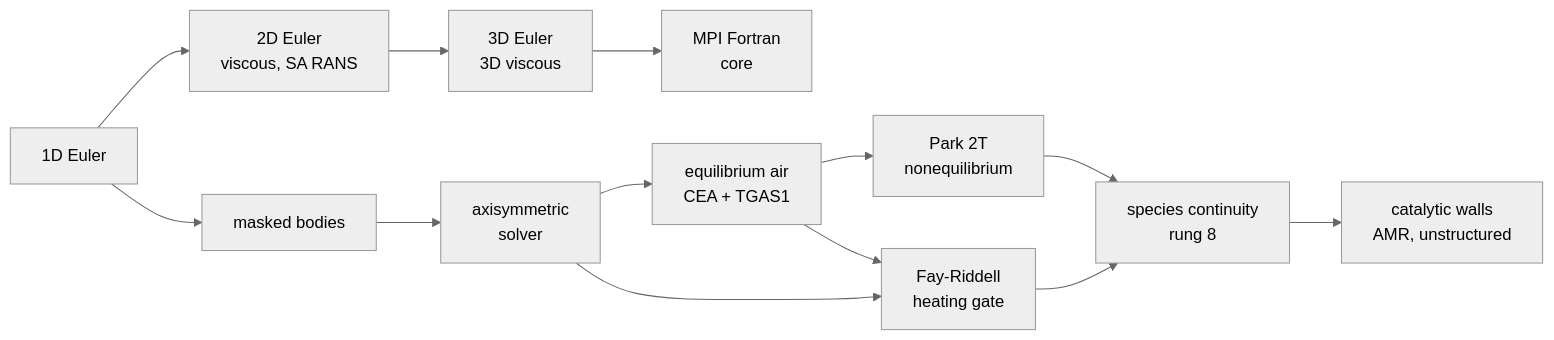
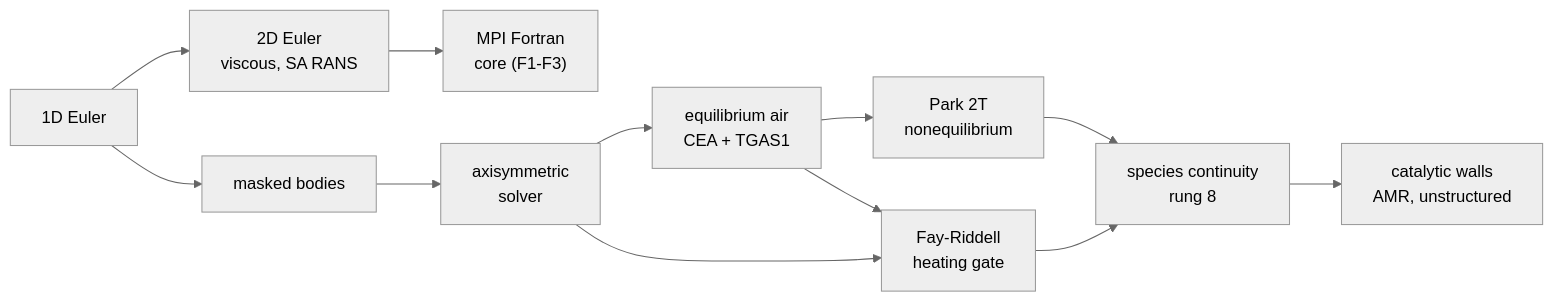
One commit to totallynotbrent/nuFor changed the diagram in docs/roadmap.md. Above: the diagram before and after it, drawn with Mermaid (neutral theme). The commit also changed other lines of this file and 23 other files, not shown here.

Commit message:
add the continuum probe and the cdv nozzle cold-flow case

````diff
--- a/docs/roadmap.md
+++ b/docs/roadmap.md
@@ -53,15 +74,15 @@
 ```mermaid
 flowchart LR
     A["1D Euler"] --> B["2D Euler<br/>viscous, SA RANS"]
-    B --> C["3D Euler<br/>3D viscous"]
+    B --> C["MPI Fortran<br/>core (F1-F3)"]
     A --> D["masked bodies"]
     D --> E["axisymmetric<br/>solver"]
     E --> F["equilibrium air<br/>CEA + TGAS1"]
     F --> G["Park 2T<br/>nonequilibrium"]
     F --> H["Fay-Riddell<br/>heating gate"]
     H --> I["species continuity<br/>rung 8"]
-    I --> J["catalytic walls<br/>AMR, unstructured"]
-    C --> K["MPI Fortran<br/>core"]
+
+    I --> K["catalytic walls<br/>AMR, unstructured"]
     G --> I
     E --> H
 ```
````
